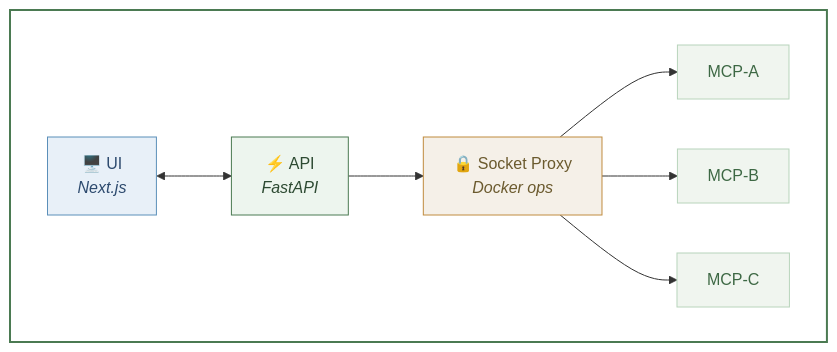
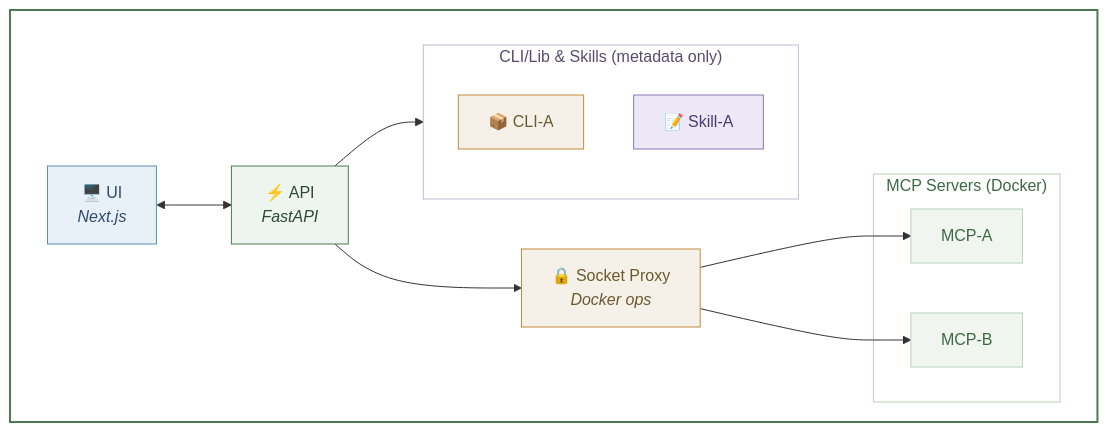
Before and after one commit to kumagallium/Crucible: the first of 2 diagrams in README.md, drawn with Mermaid. The commit also changed other lines of this file and 1 other file, not shown here.

````diff
--- a/README.md
+++ b/README.md
@@ -32,25 +41,33 @@
 ```mermaid
 graph TB
     subgraph Crucible [" "]
         UI["🖥️ UI<br/><i>Next.js</i>"]
         API["⚡ API<br/><i>FastAPI</i>"]
         Proxy["🔒 Socket Proxy<br/><i>Docker ops</i>"]
-        MCP_A["MCP-A"]
-        MCP_B["MCP-B"]
-        MCP_C["MCP-C"]
+        subgraph MCP ["MCP Servers (Docker)"]
+            MCP_A["MCP-A"]
+            MCP_B["MCP-B"]
+        end
+        subgraph Light ["CLI/Lib & Skills (metadata only)"]
+            CLI_A["📦 CLI-A"]
+            Skill_A["📝 Skill-A"]
+        end
     end
 
     UI <--> API
     API --> Proxy
+    API --> Light
     Proxy --> MCP_A
     Proxy --> MCP_B
-    Proxy --> MCP_C
 
     style Crucible fill:transparent,stroke:#4B7A52,stroke-width:2px,color:#2d4a32
     style UI fill:#e8f0f8,stroke:#5b8fb9,color:#2d4a6e
     style API fill:#edf5ee,stroke:#4B7A52,color:#2d4a32
     style Proxy fill:#f5f0e8,stroke:#c08b3e,color:#6b5a2e
+    style MCP fill:transparent,stroke:#b8d4bb,stroke-width:1px,color:#3d6844
+    style Light fill:transparent,stroke:#c4b8d4,stroke-width:1px,color:#5a4a6e
     style MCP_A fill:#f0f5ef,stroke:#b8d4bb,color:#3d6844
     style MCP_B fill:#f0f5ef,stroke:#b8d4bb,color:#3d6844
-    style MCP_C fill:#f0f5ef,stroke:#b8d4bb,color:#3d6844
+    style CLI_A fill:#f5f0e8,stroke:#c08b3e,color:#6b5a2e
+    style Skill_A fill:#ede8f5,stroke:#8b7ab5,color:#4a3d6e
 ```
````
